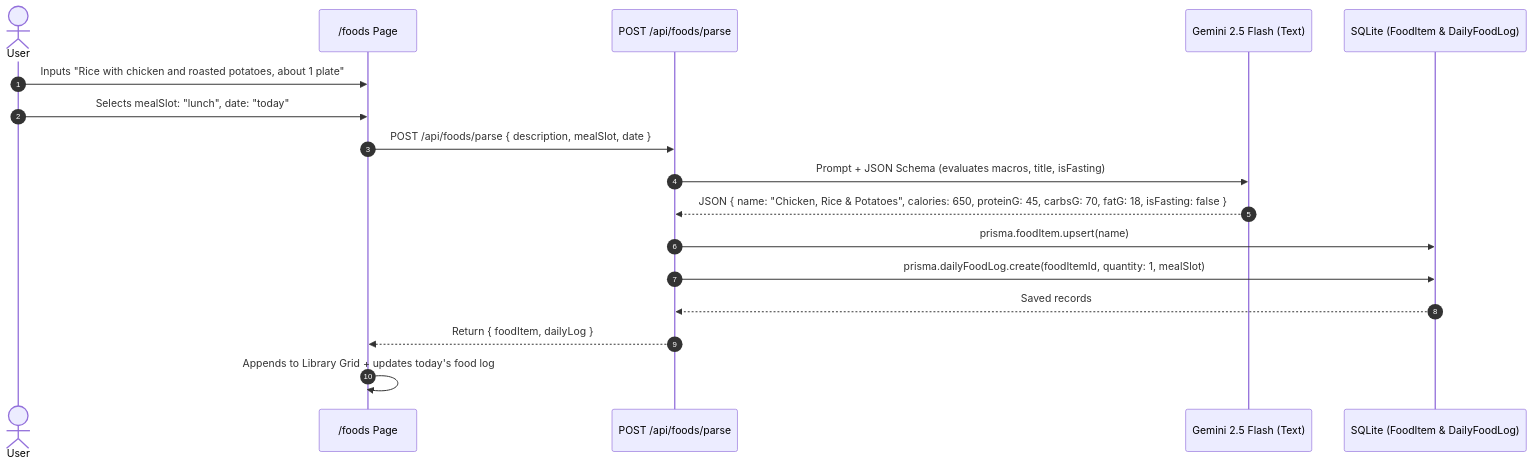
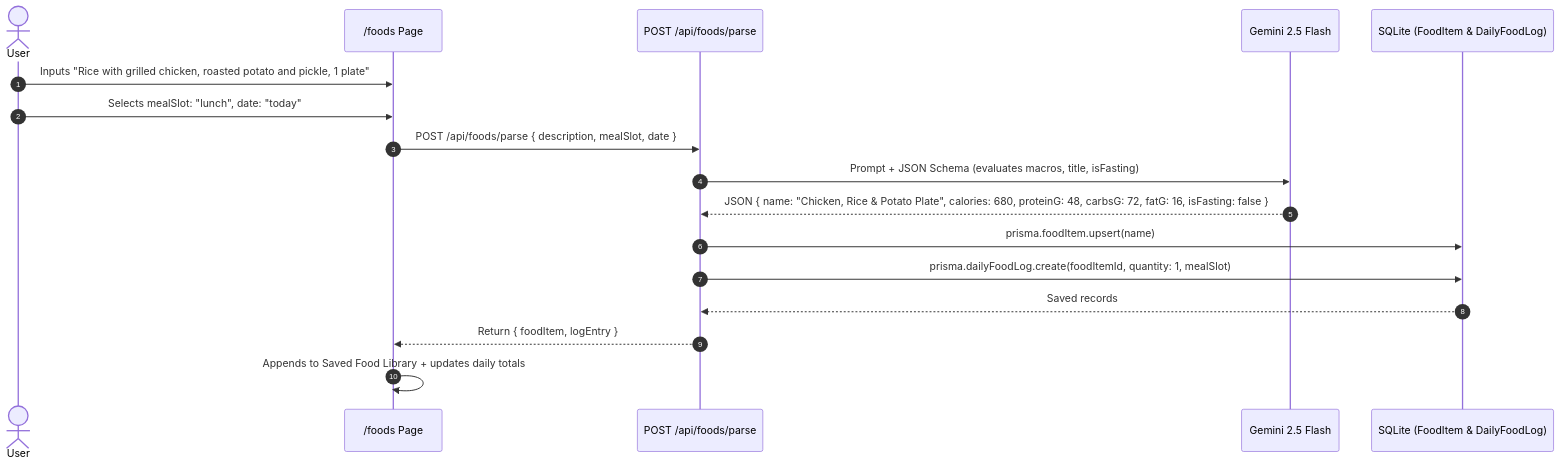
The sixth of 7 diagrams in docs/SYSTEM_DESIGN.md (Bekjo3/macro-log), drawn with Mermaid before and after one commit. The commit also changed other lines of this file, not shown here.

````diff
--- a/docs/SYSTEM_DESIGN.md
+++ b/docs/SYSTEM_DESIGN.md
@@ -161,20 +209,20 @@
 ```mermaid
 sequenceDiagram
     autonumber
     actor User as User
     participant FoodsUI as /foods Page
     participant API as POST /api/foods/parse
-    participant Gemini as Gemini 2.5 Flash (Text)
+    participant Gemini as Gemini 2.5 Flash
     participant DB as SQLite (FoodItem & DailyFoodLog)
 
-    User->>FoodsUI: Inputs "Rice with chicken and roasted potatoes, about 1 plate"
+    User->>FoodsUI: Inputs "Rice with grilled chicken, roasted potato and pickle, 1 plate"
     User->>FoodsUI: Selects mealSlot: "lunch", date: "today"
     FoodsUI->>API: POST /api/foods/parse { description, mealSlot, date }
     API->>Gemini: Prompt + JSON Schema (evaluates macros, title, isFasting)
-    Gemini-->>API: JSON { name: "Chicken, Rice & Potatoes", calories: 650, proteinG: 45, carbsG: 70, fatG: 18, isFasting: false }
+    Gemini-->>API: JSON { name: "Chicken, Rice & Potato Plate", calories: 680, proteinG: 48, carbsG: 72, fatG: 16, isFasting: false }
     API->>DB: prisma.foodItem.upsert(name)
     API->>DB: prisma.dailyFoodLog.create(foodItemId, quantity: 1, mealSlot)
     DB-->>API: Saved records
-    API-->>FoodsUI: Return { foodItem, dailyLog }
-    FoodsUI->>FoodsUI: Appends to Library Grid + updates today's food log
+    API-->>FoodsUI: Return { foodItem, logEntry }
+    FoodsUI->>FoodsUI: Appends to Saved Food Library + updates daily totals
 ```
````
